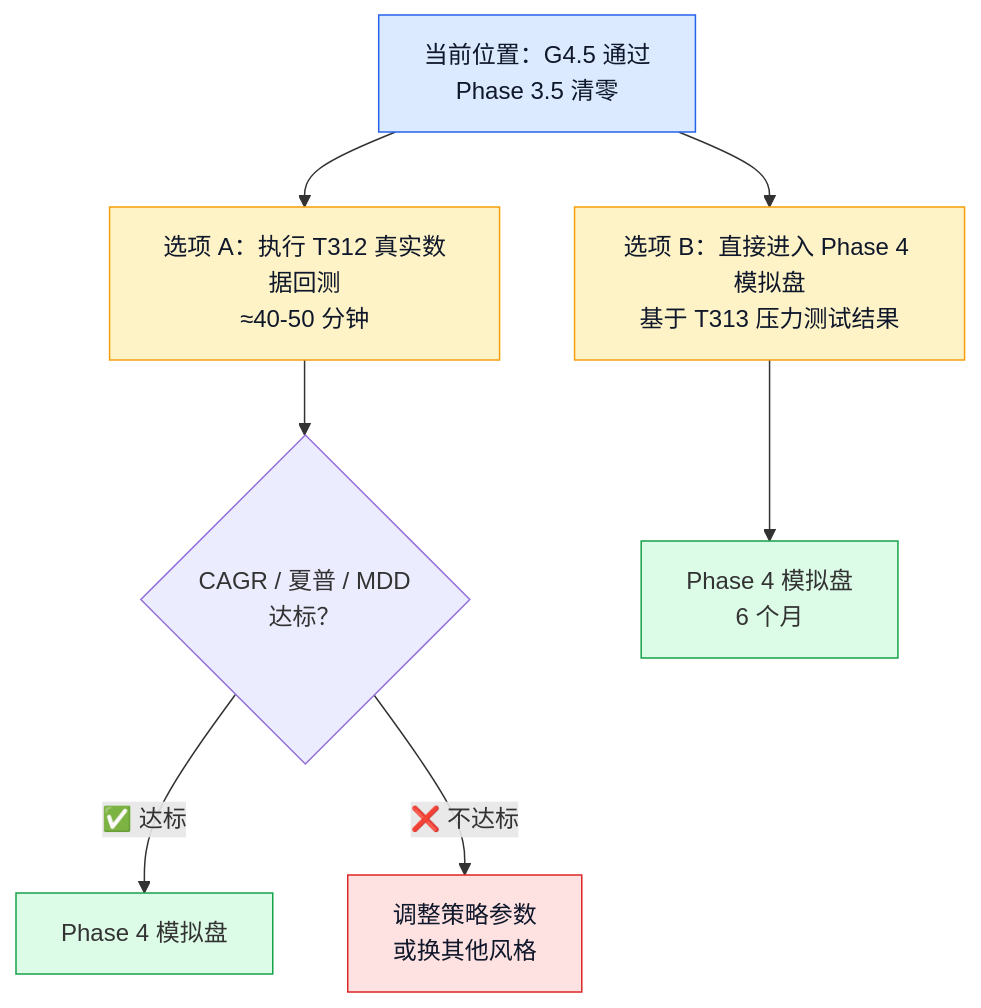
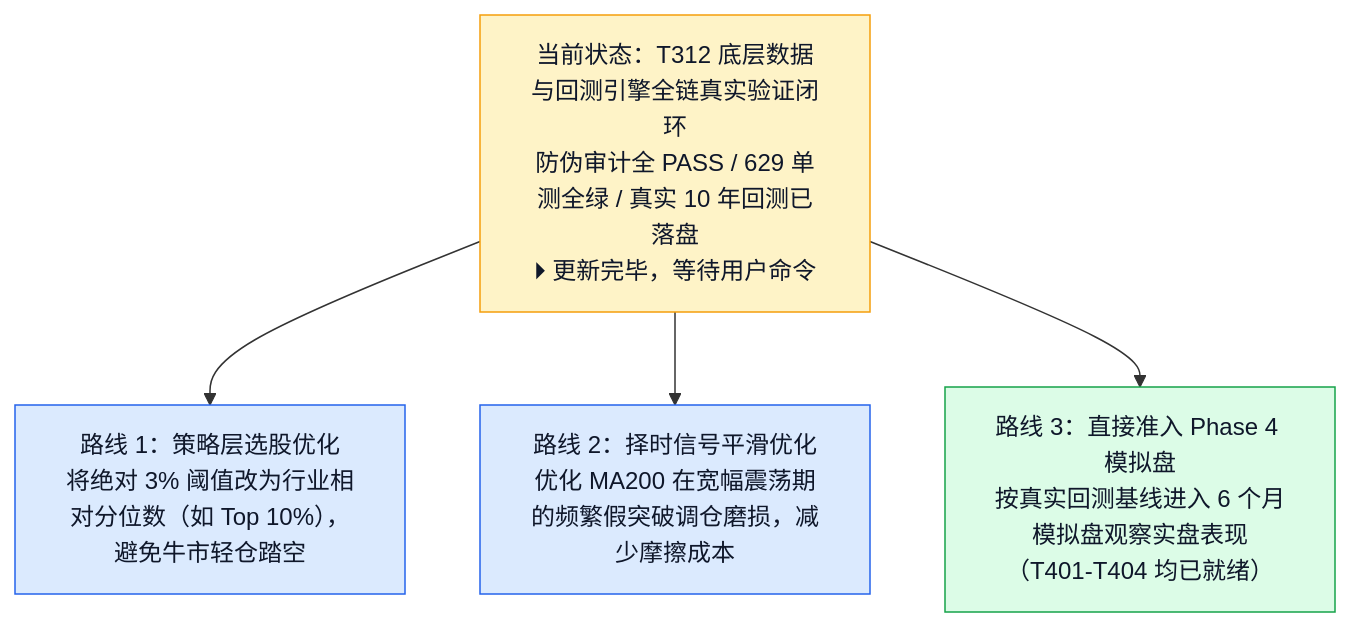
Before and after one commit to YZml1507/FinAI2.0: the sixth of 6 diagrams in docs/project_status_flowchart.md, drawn with Mermaid. The commit also changed other lines of this file and 24 other files, not shown here.

````diff
--- a/docs/project_status_flowchart.md
+++ b/docs/project_status_flowchart.md
@@ -99,16 +124,11 @@
 ```mermaid
 flowchart TD
-  NOW[当前位置：G4.5 通过<br/>Phase 3.5 清零]
-  NOW --> OPT1[选项 A：执行 T312 真实数据回测<br/>≈40-50 分钟]
-  NOW --> OPT2[选项 B：直接进入 Phase 4 模拟盘<br/>基于 T313 压力测试结果]
-  OPT1 --> DEC1{CAGR / 夏普 / MDD<br/>达标？}
-  DEC1 -->|✅ 达标| P4A[Phase 4 模拟盘]
-  DEC1 -->|❌ 不达标| ADJ[调整策略参数<br/>或换其他风格]
-  OPT2 --> P4B[Phase 4 模拟盘<br/>6 个月]
-  style NOW fill:#dbeafe,stroke:#2563eb,color:#0f172a
-  style OPT1 fill:#fef3c7,stroke:#f59e0b,color:#0f172a
-  style OPT2 fill:#fef3c7,stroke:#f59e0b,color:#0f172a
-  style P4A fill:#dcfce7,stroke:#16a34a
-  style P4B fill:#dcfce7,stroke:#16a34a
-  style ADJ fill:#fee2e2,stroke:#dc2626,color:#0f172a
+  NOW["当前状态：T312 底层数据与回测引擎全链真实验证闭环<br/>防伪审计全 PASS / 629 单测全绿 / 真实 10 年回测已落盘<br/>⏵ 更新完毕，等待用户命令"]
+  NOW --> OPT1["路线 1：策略层选股优化<br/>将绝对 3% 阈值改为行业相对分位数（如 Top 10%），避免牛市轻仓踏空"]
+  NOW --> OPT2["路线 2：择时信号平滑优化<br/>优化 MA200 在宽幅震荡期的频繁假突破调仓磨损，减少摩擦成本"]
+  NOW --> OPT3["路线 3：直接准入 Phase 4 模拟盘<br/>按真实回测基线进入 6 个月模拟盘观察实盘表现（T401-T404 均已就绪）"]
+  style NOW fill:#fef3c7,stroke:#f59e0b,color:#0f172a
+  style OPT1 fill:#dbeafe,stroke:#2563eb,color:#0f172a
+  style OPT2 fill:#dbeafe,stroke:#2563eb,color:#0f172a
+  style OPT3 fill:#dcfce7,stroke:#16a34a,color:#0f172a
 ```
````
